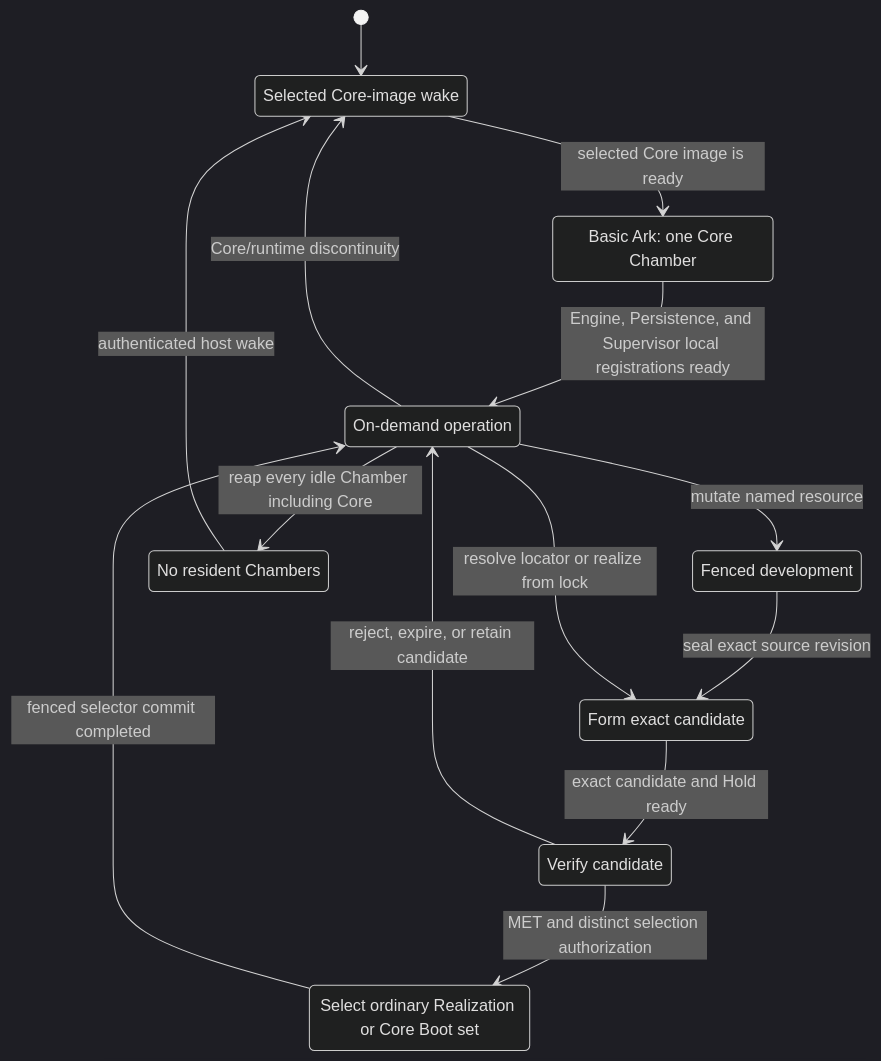
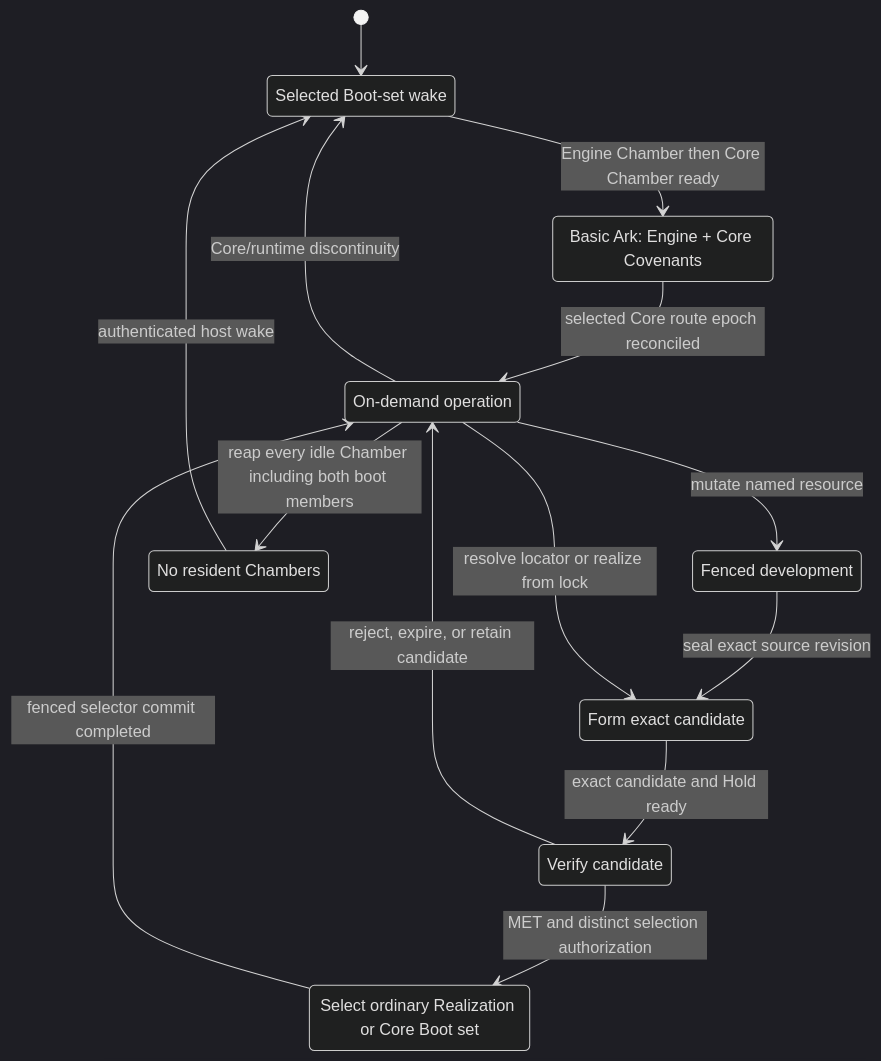
One commit to dreamcatcher-tech/chambers-lifecycle-explorer changed the second of 15 diagrams in source/chambers-lifecycle-sequences.md. Above: the diagram before and after it, drawn with Mermaid (dark theme). The commit also changed other lines of this file and 8 other files, not shown here.

Commit message:
docs: publish Engine-first Core Covenant lifecycle

````diff
--- a/source/chambers-lifecycle-sequences.md
+++ b/source/chambers-lifecycle-sequences.md
@@ -593,26 +641,26 @@
 ```mermaid
 stateDiagram-v2
     direction TB
-    state "Selected Core-image wake" as Wake
-    state "Basic Ark: one Core Chamber" as Basic
+    state "Selected Boot-set wake" as Wake
+    state "Basic Ark: Engine + Core Covenants" as Basic
     state "On-demand operation" as Normal
     state "Fenced development" as Develop
     state "Form exact candidate" as Realize
     state "Verify candidate" as Verify
     state "Select ordinary Realization or Core Boot set" as Select
     state "No resident Chambers" as Quiescent
 
     [*] --> Wake
-    Wake --> Basic: selected Core image is ready
-    Basic --> Normal: Engine, Persistence, and Supervisor local registrations ready
+    Wake --> Basic: Engine Chamber then Core Chamber ready
+    Basic --> Normal: selected Core route epoch reconciled
     Normal --> Develop: mutate named resource
     Develop --> Realize: seal exact source revision
     Normal --> Realize: resolve locator or realize from lock
     Realize --> Verify: exact candidate and Hold ready
     Verify --> Select: MET and distinct selection authorization
     Verify --> Normal: reject, expire, or retain candidate
     Select --> Normal: fenced selector commit completed
-    Normal --> Quiescent: reap every idle Chamber including Core
+    Normal --> Quiescent: reap every idle Chamber including both boot members
     Quiescent --> Wake: authenticated host wake
     Normal --> Wake: Core/runtime discontinuity
 ```
````
